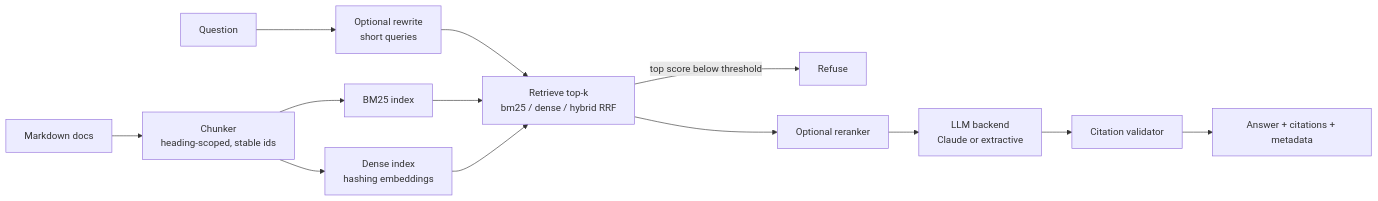
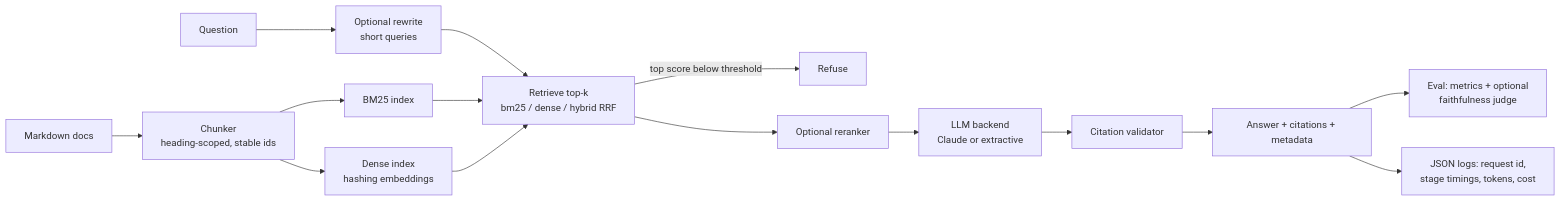
One commit to ChauHuynh17071994/docs-rag-evals changed the diagram in README.md. Above: the diagram before and after it, drawn with Mermaid. The commit also changed other lines of this file and 1 other file, not shown here.

First line of the commit message:
docs: document web UI, Docker, JSON logs, cost tracking and the faithfulness judge

````diff
--- a/README.md
+++ b/README.md
@@ -23,15 +27,17 @@
 ```mermaid
 flowchart LR
     D[Markdown docs] --> C[Chunker<br/>heading-scoped, stable ids]
     C --> I[BM25 index]
     C --> E[Dense index<br/>hashing embeddings]
     Q[Question] --> W[Optional rewrite<br/>short queries]
     W --> R[Retrieve top-k<br/>bm25 / dense / hybrid RRF]
     I --> R
     E --> R
     R -->|top score below threshold| X[Refuse]
     R --> RR[Optional reranker]
     RR --> L[LLM backend<br/>Claude or extractive]
     L --> V[Citation validator]
     V --> A[Answer + citations + metadata]
+    A --> J[Eval: metrics + optional<br/>faithfulness judge]
+    A --> O[JSON logs: request id,<br/>stage timings, tokens, cost]
 ```
````
